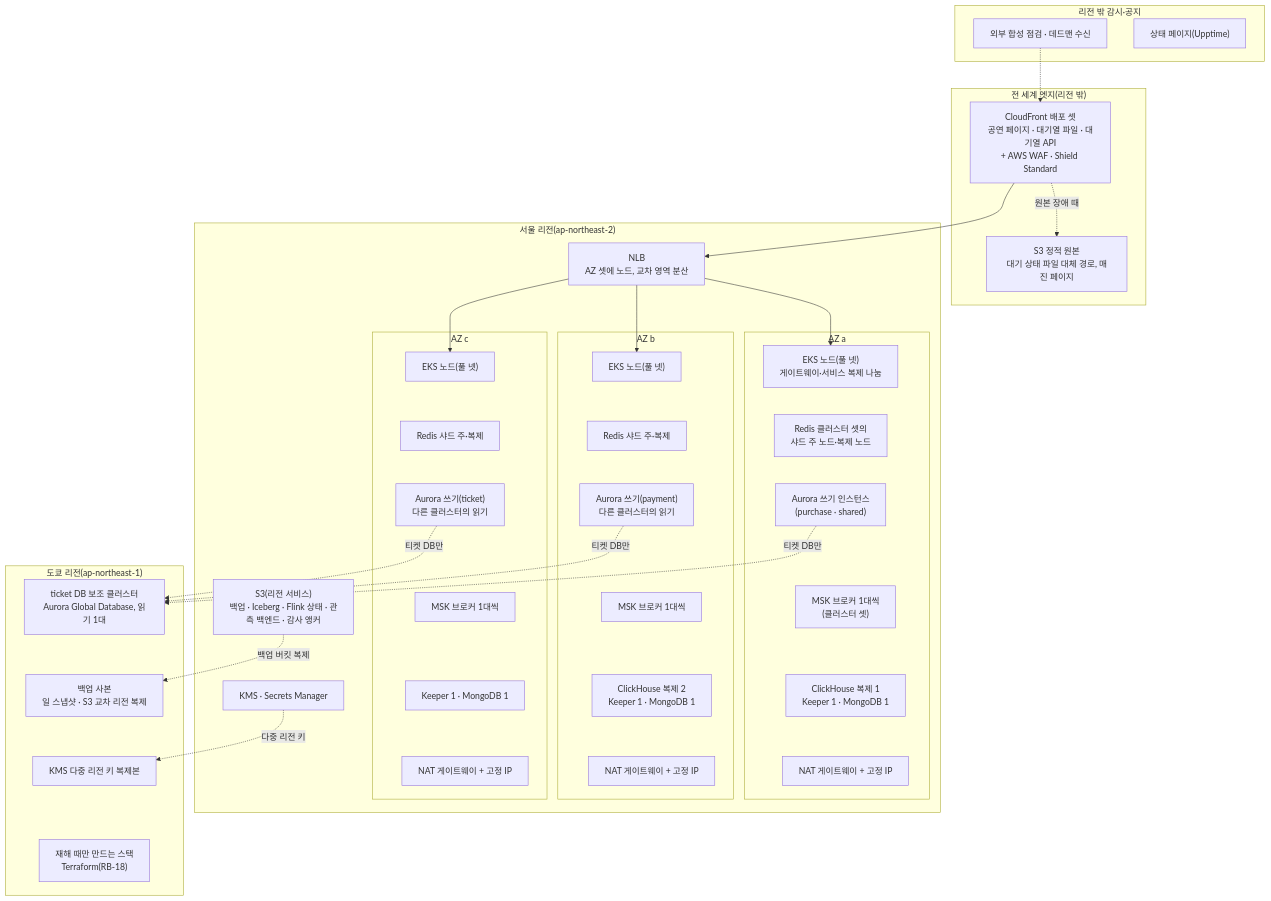
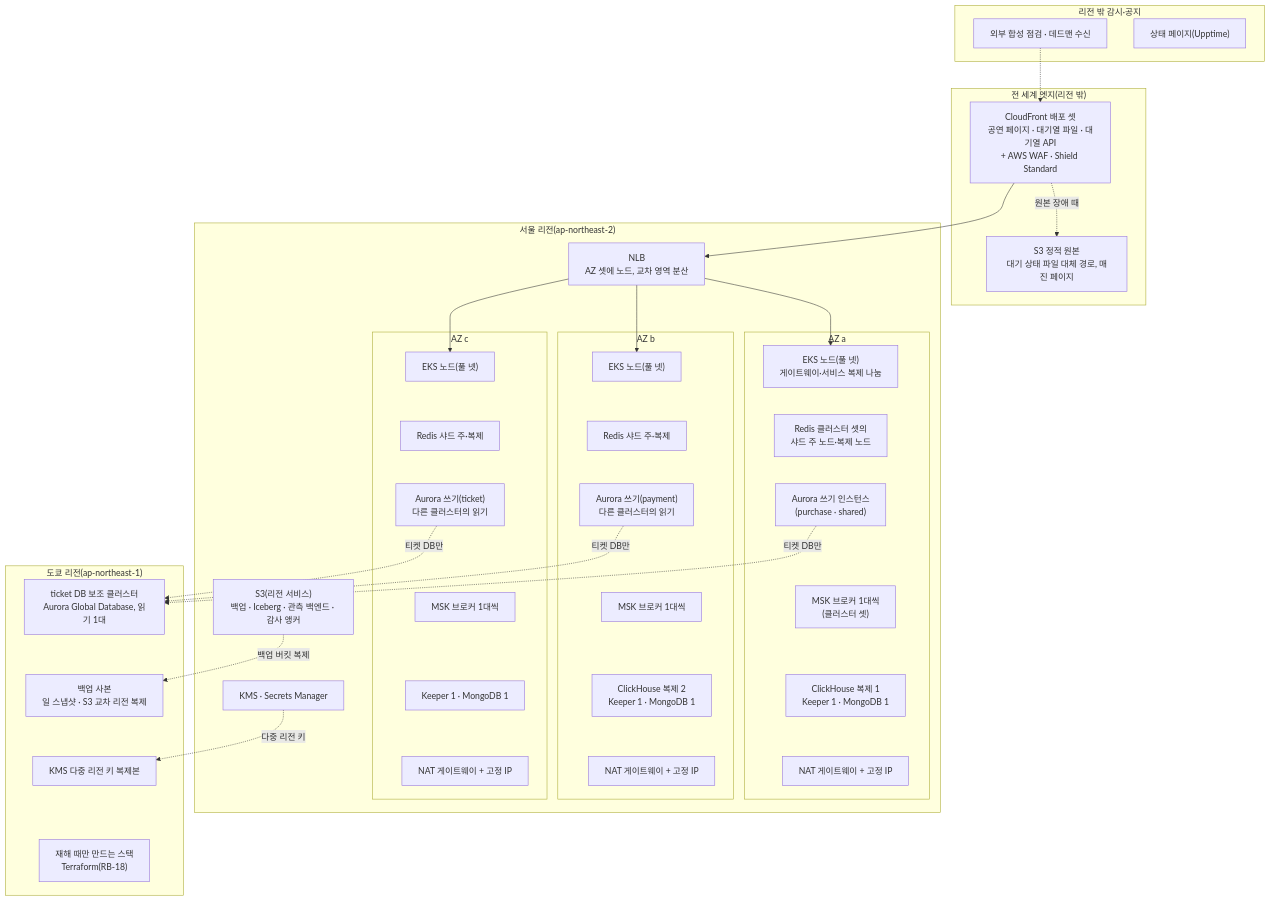
One commit to peaket/peaket changed the first of 3 diagrams in docs/infra-handover.md. Above: the diagram before and after it, drawn with Mermaid. The commit also changed other lines of this file and 46 other files, not shown here.

````diff
--- a/docs/infra-handover.md
+++ b/docs/infra-handover.md
@@ -24,57 +24,57 @@
 ```mermaid
 flowchart TB
     subgraph EDGE["전 세계 엣지(리전 밖)"]
         CF["CloudFront 배포 셋<br/>공연 페이지 · 대기열 파일 · 대기열 API<br/>+ AWS WAF · Shield Standard"]
         S3S["S3 정적 원본<br/>대기 상태 파일 대체 경로, 매진 페이지"]
     end
     subgraph SEOUL["서울 리전(ap-northeast-2)"]
         NLB["NLB<br/>AZ 셋에 노드, 교차 영역 분산"]
         subgraph AZA["AZ a"]
             EA["EKS 노드(풀 넷)<br/>게이트웨이·서비스 복제 나눔"]
             RA["Redis 클러스터 셋의<br/>샤드 주 노드·복제 노드"]
             DA["Aurora 쓰기 인스턴스<br/>(purchase · shared)"]
             KA["MSK 브로커 1대씩<br/>(클러스터 셋)"]
             CA["ClickHouse 복제 1<br/>Keeper 1 · MongoDB 1"]
             NA["NAT 게이트웨이 + 고정 IP"]
             EA ~~~ RA ~~~ DA ~~~ KA ~~~ CA ~~~ NA
         end
         subgraph AZB["AZ b"]
             EB["EKS 노드(풀 넷)"]
             RB["Redis 샤드 주·복제"]
             DB["Aurora 쓰기(payment)<br/>다른 클러스터의 읽기"]
             KB["MSK 브로커 1대씩"]
             CB["ClickHouse 복제 2<br/>Keeper 1 · MongoDB 1"]
             NB["NAT 게이트웨이 + 고정 IP"]
             EB ~~~ RB ~~~ DB ~~~ KB ~~~ CB ~~~ NB
         end
         subgraph AZC["AZ c"]
             EC["EKS 노드(풀 넷)"]
             RC["Redis 샤드 주·복제"]
             DC["Aurora 쓰기(ticket)<br/>다른 클러스터의 읽기"]
             KC["MSK 브로커 1대씩"]
             CC["Keeper 1 · MongoDB 1"]
             NC["NAT 게이트웨이 + 고정 IP"]
             EC ~~~ RC ~~~ DC ~~~ KC ~~~ CC ~~~ NC
         end
-        S3R["S3(리전 서비스)<br/>백업 · Iceberg · Flink 상태 · 관측 백엔드 · 감사 앵커"]
+        S3R["S3(리전 서비스)<br/>백업 · Iceberg · 관측 백엔드 · 감사 앵커"]
         KMS["KMS · Secrets Manager"]
     end
     subgraph TOKYO["도쿄 리전(ap-northeast-1)"]
         GDB["ticket DB 보조 클러스터<br/>Aurora Global Database, 읽기 1대"]
         BK["백업 사본<br/>일 스냅샷 · S3 교차 리전 복제"]
         KMSR["KMS 다중 리전 키 복제본"]
         DR["재해 때만 만드는 스택<br/>Terraform(RB-18)"]
         GDB ~~~ BK ~~~ KMSR ~~~ DR
     end
     subgraph EXTERN["리전 밖 감시·공지"]
         SYN["외부 합성 점검 · 데드맨 수신"]
         STATUS["상태 페이지(Upptime)"]
     end
     CF --> NLB
     CF -.원본 장애 때.-> S3S
     NLB --> EA & EB & EC
     DA & DB & DC -.티켓 DB만.-> GDB
     S3R -.백업 버킷 복제.-> BK
     KMS -.다중 리전 키.-> KMSR
     SYN -.-> CF
 ```
````
